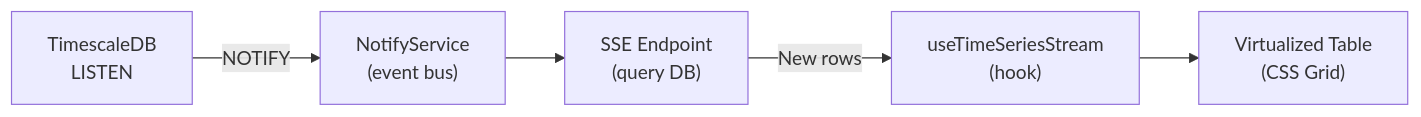
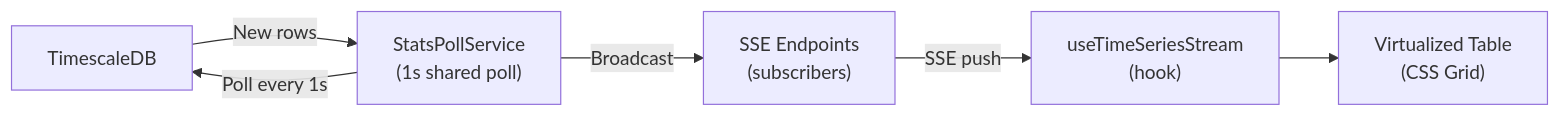
Before and after one commit to jaredglaser/homelab-manager: the third of 3 diagrams in README.md, drawn with Mermaid. The commit also changed other lines of this file and 19 other files, not shown here.

First line of the commit message:
Replace NOTIFY-driven SSE with shared poll broadcast service (#17)

````diff
--- a/README.md
+++ b/README.md
@@ -107,10 +105,11 @@
 ```mermaid
 flowchart LR
-    DB["TimescaleDB<br/>LISTEN"]
-    NotifySvc["NotifyService<br/>(event bus)"]
-    SSE["SSE Endpoint<br/>(query DB)"]
+    DB["TimescaleDB"]
+    PollSvc["StatsPollService<br/>(1s shared poll)"]
+    SSE["SSE Endpoints<br/>(subscribers)"]
     Hook["useTimeSeriesStream<br/>(hook)"]
     Table["Virtualized Table<br/>(CSS Grid)"]
 
-    DB -->|"NOTIFY"| NotifySvc --> SSE -->|"New rows"| Hook --> Table
+    PollSvc -->|"Poll every 1s"| DB
+    DB -->|"New rows"| PollSvc -->|"Broadcast"| SSE -->|"SSE push"| Hook --> Table
 ```
````
